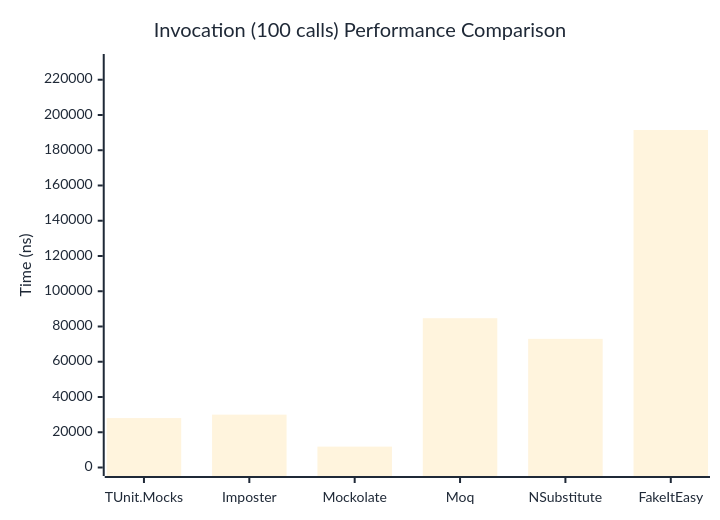
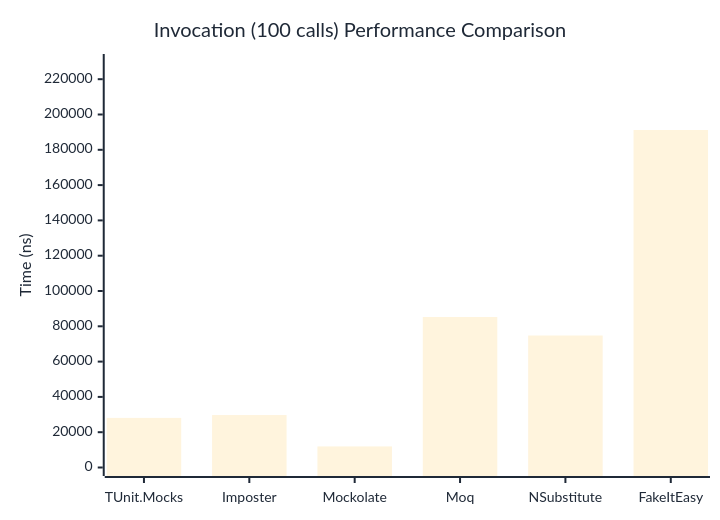
Before and after one commit to thomhurst/TUnit: the third of 3 diagrams in docs/docs/benchmarks/mocks/Invocation.md, drawn with Mermaid. The commit also changed other lines of this file and 14 other files, not shown here.

````diff
--- a/docs/docs/benchmarks/mocks/Invocation.md
+++ b/docs/docs/benchmarks/mocks/Invocation.md
@@ -112,27 +112,27 @@
 ```mermaid
 %%{init: {
   'theme':'base',
   'themeVariables': {
     'primaryColor': '#2563eb',
     'primaryTextColor': '#1f2937',
     'primaryBorderColor': '#1e40af',
     'lineColor': '#6b7280',
     'secondaryColor': '#7c3aed',
     'tertiaryColor': '#dc2626',
     'background': '#ffffff',
     'pie1': '#2563eb',
     'pie2': '#7c3aed',
     'pie3': '#dc2626',
     'pie4': '#f59e0b',
     'pie5': '#10b981',
     'pie6': '#06b6d4',
     'pie7': '#ec4899',
     'pie8': '#6366f1'
   }
 }}%%
 xychart-beta
   title "Invocation (100 calls) Performance Comparison"
   x-axis ["TUnit.Mocks", "Imposter", "Mockolate", "Moq", "NSubstitute", "FakeItEasy"]
-  y-axis "Time (ns)" 0 --> 229773
-  bar [28039.8, 29993.1, 11850.9, 84686, 72994.7, 191477.4]
+  y-axis "Time (ns)" 0 --> 229464
+  bar [28103.4, 29723.7, 11942.5, 85275.2, 74783.4, 191219.3]
 ```
````
